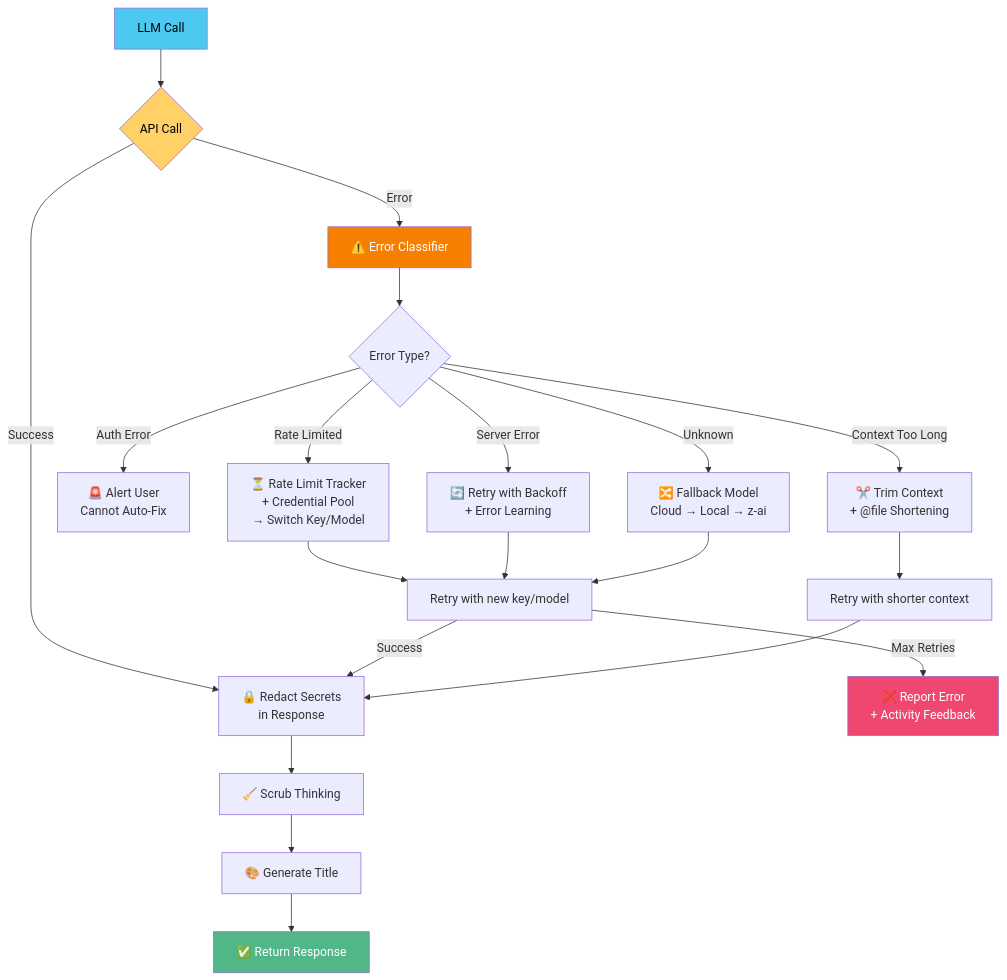
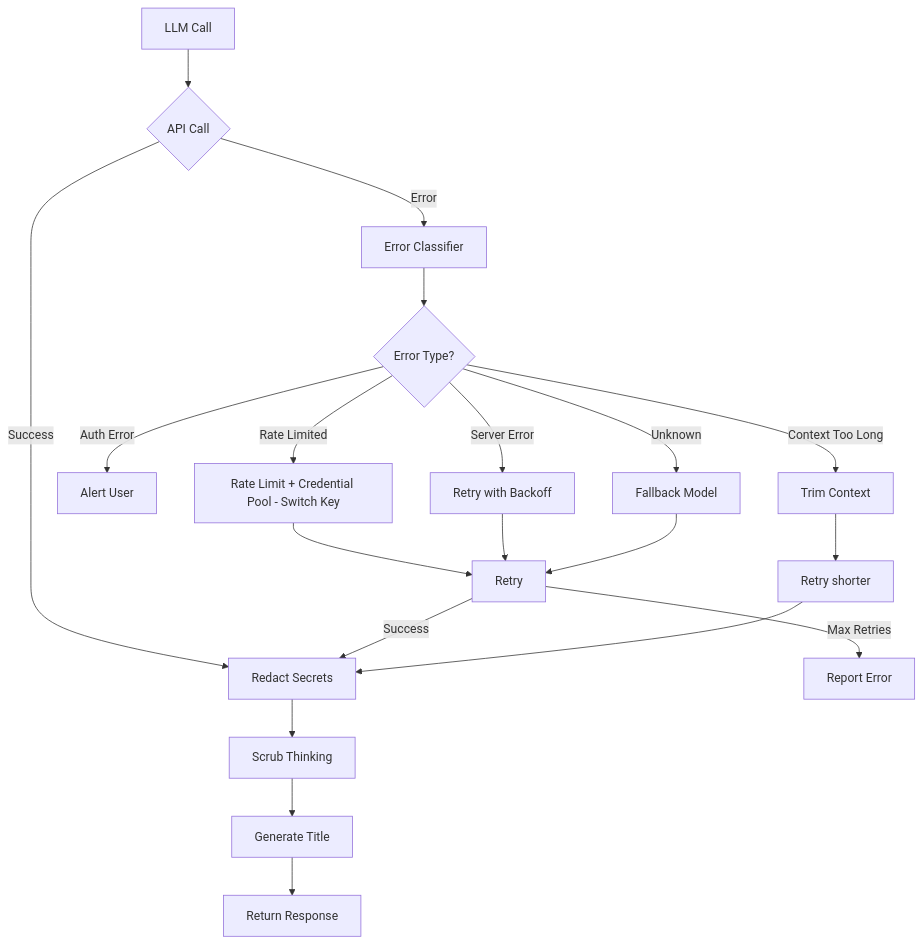
Before and after one commit to TitoPrausee/nexus-toti: the fourth of 5 diagrams in README.md, drawn with Mermaid. The commit also changed other lines of this file, not shown here.

Commit message:
docs: Mermaid-UML gefixt - kein HTML/Emoji in Nodes, pure Mermaid-Syntax

````diff
--- a/README.md
+++ b/README.md
@@ -228,31 +211,25 @@
 ```mermaid
 flowchart TD
     START["LLM Call"] --> CALL{"API Call"}
-    CALL -->|Success| REDACT["🔒 Redact Secrets<br/>in Response"]
-    REDACT --> SCRUB["🧹 Scrub Thinking"]
-    SCRUB --> TITLE["🎨 Generate Title"]
-    TITLE --> RETURN["✅ Return Response"]
-    
-    CALL -->|Error| CLASSIFY["⚠️ Error Classifier"]
-    CLASSIFY --> RATE{Error Type?}
-    RATE -->|Rate Limited| BACKOFF["⏳ Rate Limit Tracker<br/>+ Credential Pool<br/>→ Switch Key/Model"]
-    RATE -->|Auth Error| ALERT["🚨 Alert User<br/>Cannot Auto-Fix"]
-    RATE -->|Server Error| RETRY["🔄 Retry with Backoff<br/>+ Error Learning"]
-    RATE -->|Context Too Long| TRIM["✂️ Trim Context<br/>+ @file Shortening"]
-    RATE -->|Unknown| FALLBACK["🔀 Fallback Model<br/>Cloud → Local → z-ai"]
-    
-    BACKOFF --> CALL2["Retry with new key/model"]
+    CALL -->|"Success"| REDACT["Redact Secrets"]
+    REDACT --> SCRUB["Scrub Thinking"]
+    SCRUB --> TITLE["Generate Title"]
+    TITLE --> RETURN["Return Response"]
+
+    CALL -->|"Error"| CLASSIFY["Error Classifier"]
+    CLASSIFY --> RATE{"Error Type?"}
+    RATE -->|"Rate Limited"| BACKOFF["Rate Limit + Credential Pool - Switch Key"]
+    RATE -->|"Auth Error"| ALERT["Alert User"]
+    RATE -->|"Server Error"| RETRY["Retry with Backoff"]
+    RATE -->|"Context Too Long"| TRIM["Trim Context"]
+    RATE -->|"Unknown"| FALLBACK["Fallback Model"]
+
+    BACKOFF --> CALL2["Retry"]
     RETRY --> CALL2
     FALLBACK --> CALL2
-    CALL2 -->|Success| REDACT
-    CALL2 -->|Max Retries| ERROR["❌ Report Error<br/>+ Activity Feedback"]
-    
-    TRIM --> CALL3["Retry with shorter context"]
+    CALL2 -->|"Success"| REDACT
+    CALL2 -->|"Max Retries"| ERROR["Report Error"]
+
+    TRIM --> CALL3["Retry shorter"]
     CALL3 --> REDACT
-    
-    style START fill:#4cc9f0,color:#000
-    style RETURN fill:#52b788,color:#fff
-    style ERROR fill:#ef476f,color:#fff
-    style CALL fill:#ffd166,color:#000
-    style CLASSIFY fill:#f77f00,color:#fff
 ```
````
